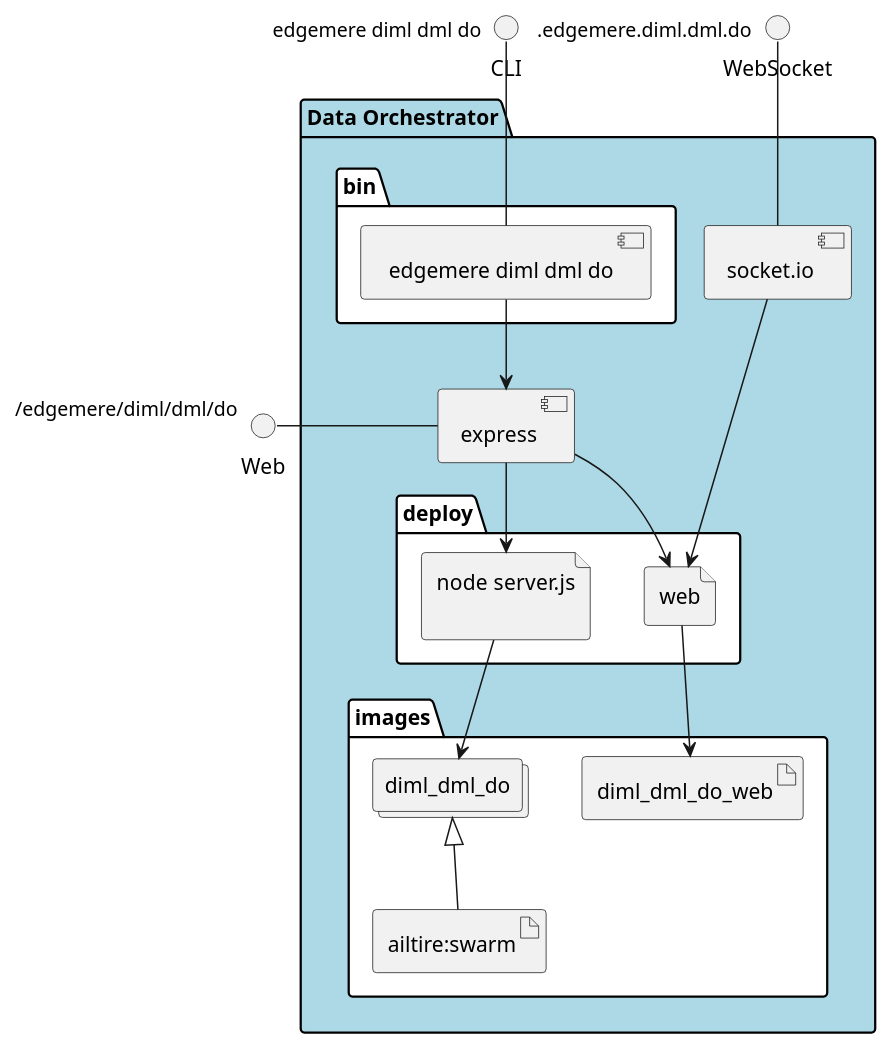
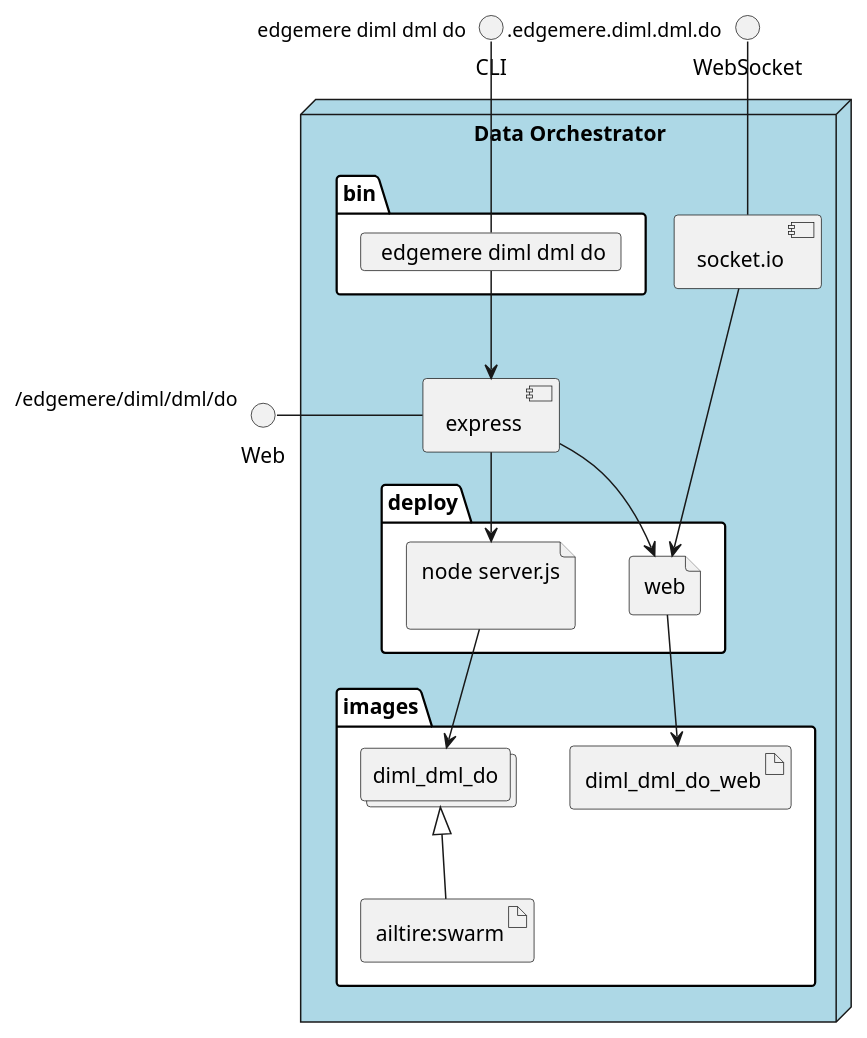
Before and after one commit to madajaju/edgemere: the diagram in docs/edgemere/diml/dml/do/envs/dev/physical.puml, drawn with PlantUML. The commit also changed 957 other files, not shown here.

```diff
--- a/docs/edgemere/diml/dml/do/envs/dev/physical.puml
+++ b/docs/edgemere/diml/dml/do/envs/dev/physical.puml
@@ -1,39 +1,39 @@
 @startuml
   interface CLI
   interface Web
   interface WebSocket
-package "Data Orchestrator" #lightblue {
+node "Data Orchestrator" #lightblue {
   component express as REST
   component socket.io as socket
   folder bin #ffffff {
-    component " edgemere diml dml do" as binName
+    card " edgemere diml dml do" as binName
   }
   binName --> REST
 
   folder deploy #ffffff {
       file "node server.js\n" as diml_dml_do_container
       REST --> diml_dml_do_container
 
-  
+
     file "web" as web_container
     REST --> web_container
     socket ---> web_container
-  
+
   }
   folder images #ffffff {
     collections "diml_dml_do" as diml_dml_doimage
     artifact "ailtire:swarm" as ailtireswarm
     diml_dml_doimage <|-- ailtireswarm
     diml_dml_do_container --> diml_dml_doimage
 
-  
+
       artifact "diml_dml_do_web" as diml_dml_do_web
       web_container --> diml_dml_do_web
-    
+
   }
 }
 CLI " edgemere diml dml do" -- binName
 Web "/edgemere/diml/dml/do" - REST
 WebSocket ".edgemere.diml.dml.do" -- socket
 
 @enduml
```
